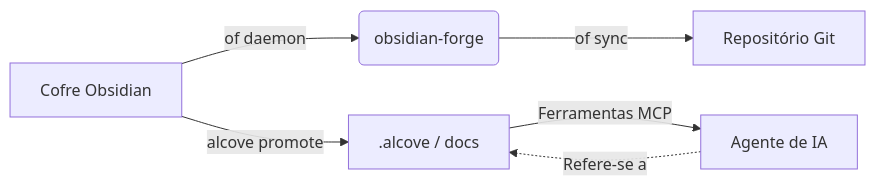
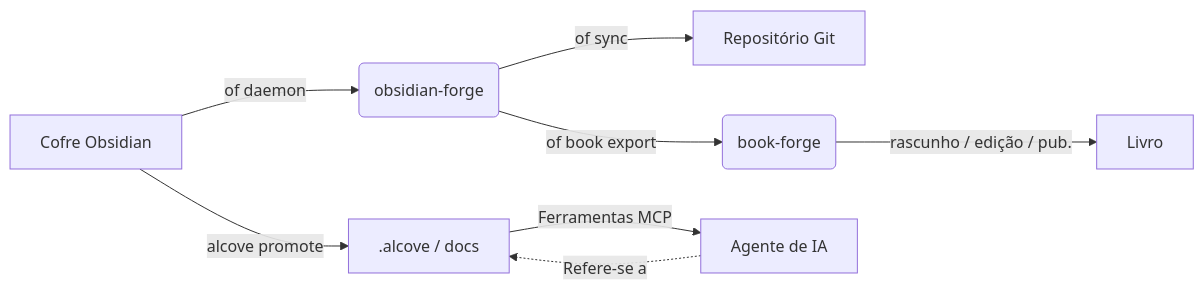
The diagram in docs/README_pt-BR.md (epicsagas/obsidian-forge), drawn with Mermaid before and after one commit. The commit also changed other lines of this file and 9 other files, not shown here.

Commit message:
docs(ecosystem): add book-forge integration guide across all languages

````diff
--- a/docs/README_pt-BR.md
+++ b/docs/README_pt-BR.md
@@ -340,8 +341,10 @@
 ```mermaid
 graph LR
     A[Cofre Obsidian] -->|of daemon| B(obsidian-forge)
     B -->|of sync| C[Repositório Git]
     A -->|alcove promote| D[.alcove / docs]
     D -->|Ferramentas MCP| E[Agente de IA]
     E -.->|Refere-se a| D
+    B -->|of book export| F(book-forge)
+    F -->|rascunho / edição / pub.| G[Livro]
 ```
````
